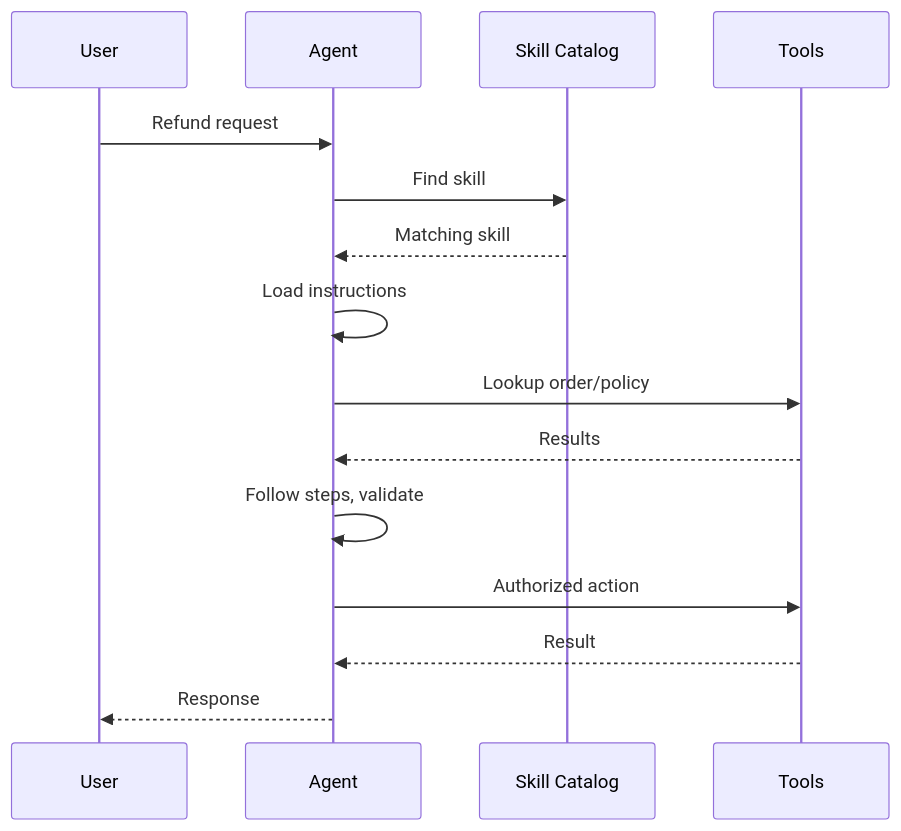
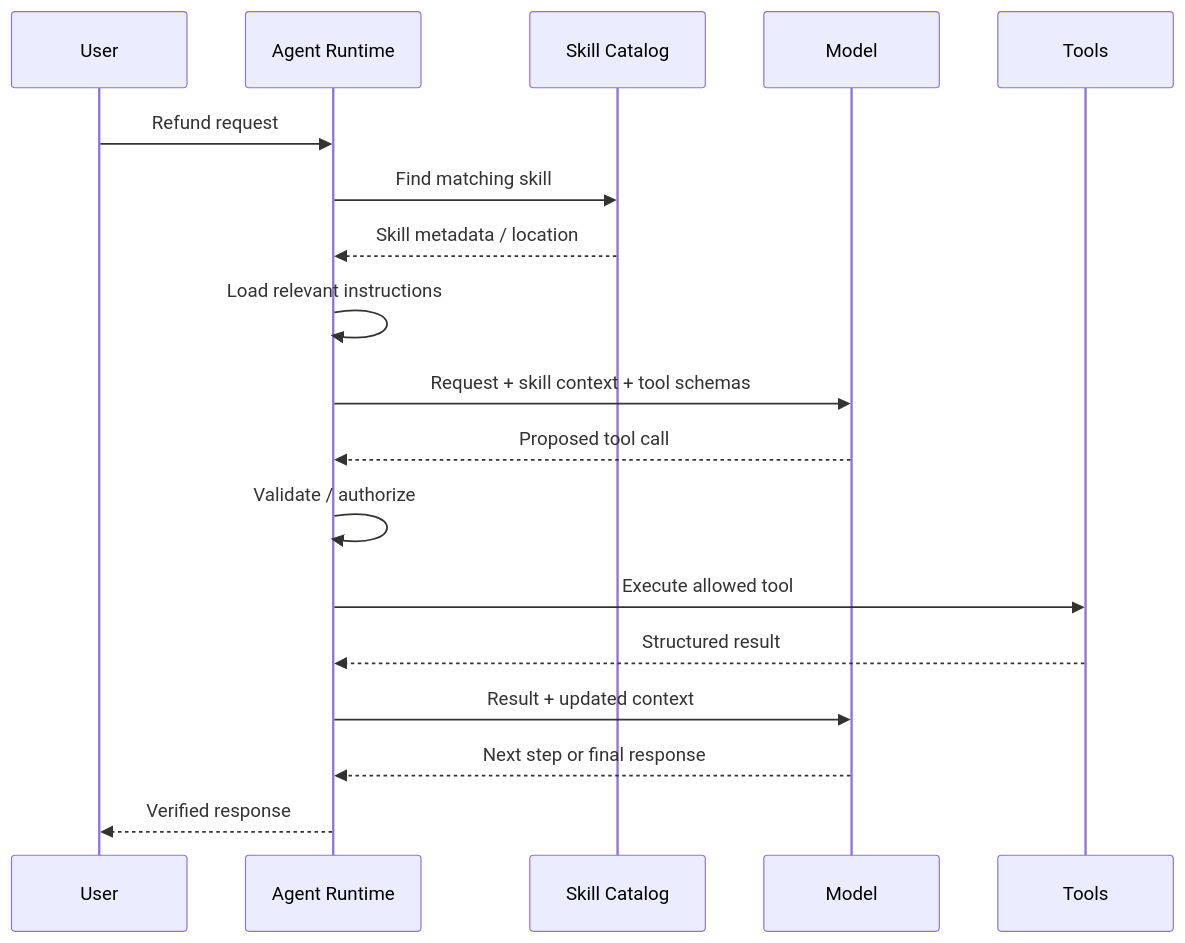
The second of 2 diagrams in notes/module-02-from-one-agent-to-a-system/03-agent-skills.md (shomi-khan/preparation), drawn with Mermaid before and after one commit. The commit also changed other lines of this file, not shown here.

Commit message:
Rewrite Module 2 Chapter 3 with skill lifecycle, safety and evaluation

````diff
--- a/notes/module-02-from-one-agent-to-a-system/03-agent-skills.md
+++ b/notes/module-02-from-one-agent-to-a-system/03-agent-skills.md
@@ -95,17 +152,20 @@
 ```mermaid
 sequenceDiagram
     participant U as User
-    participant A as Agent
+    participant A as Agent Runtime
     participant S as Skill Catalog
+    participant M as Model
     participant T as Tools
     U->>A: Refund request
-    A->>S: Find skill
-    S-->>A: Matching skill
-    A->>A: Load instructions
-    A->>T: Lookup order/policy
-    T-->>A: Results
-    A->>A: Follow steps, validate
-    A->>T: Authorized action
-    T-->>A: Result
-    A-->>U: Response
+    A->>S: Find matching skill
+    S-->>A: Skill metadata / location
+    A->>A: Load relevant instructions
+    A->>M: Request + skill context + tool schemas
+    M-->>A: Proposed tool call
+    A->>A: Validate / authorize
+    A->>T: Execute allowed tool
+    T-->>A: Structured result
+    A->>M: Result + updated context
+    M-->>A: Next step or final response
+    A-->>U: Verified response
 ```
````
